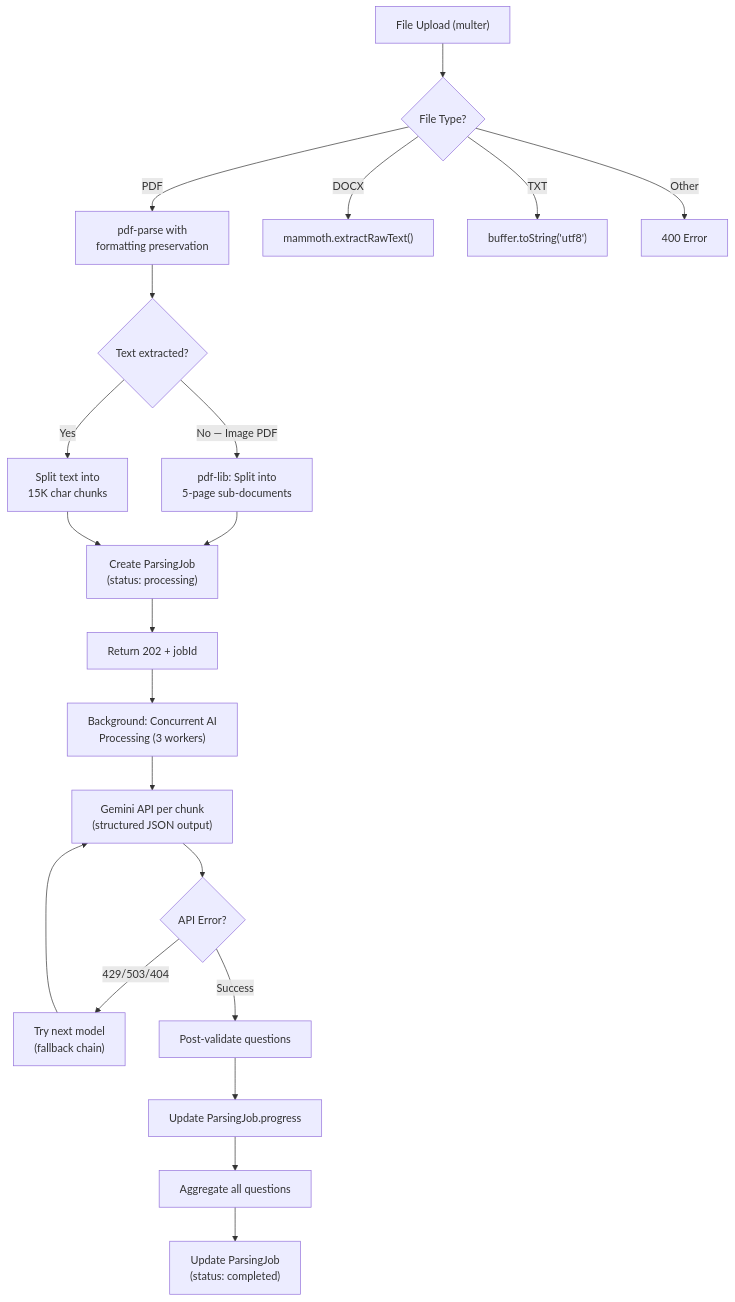
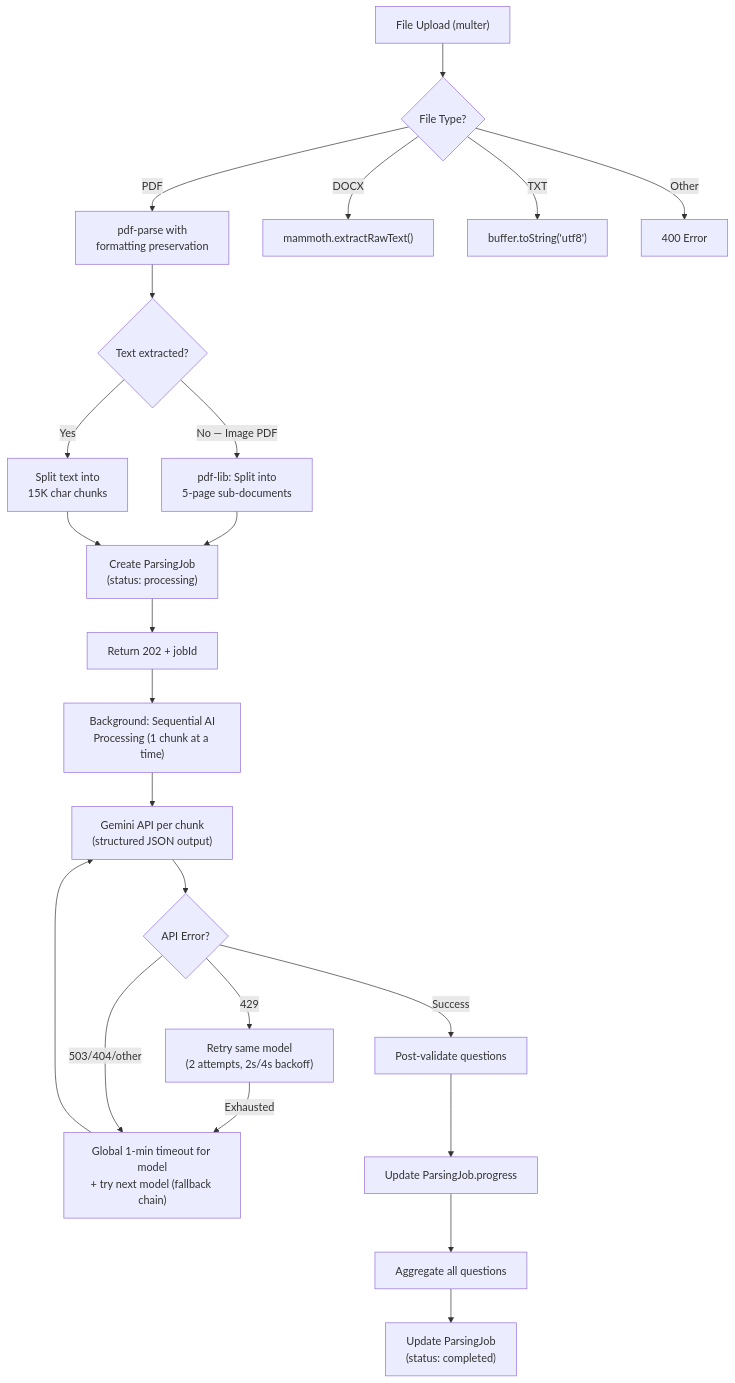
Before and after one commit to shshwtkhr/quiz-app: the third of 5 diagrams in docs/TECHNICAL_DOCUMENTATION.md, drawn with Mermaid. The commit also changed other lines of this file and 8 other files, not shown here.

First line of the commit message:
TECHDL-19: add background-job UI, same-origin API proxy and audit docs

````diff
--- a/docs/TECHNICAL_DOCUMENTATION.md
+++ b/docs/TECHNICAL_DOCUMENTATION.md
@@ -715,27 +759,29 @@
 ```mermaid
 flowchart TD
     A["File Upload (multer)"] --> B{File Type?}
     B -->|PDF| C["pdf-parse with<br/>formatting preservation"]
     B -->|DOCX| D["mammoth.extractRawText()"]
     B -->|TXT| E["buffer.toString('utf8')"]
     B -->|Other| F["400 Error"]
 
     C --> G{Text extracted?}
     G -->|No — Image PDF| H["pdf-lib: Split into<br/>5-page sub-documents"]
     G -->|Yes| I["Split text into<br/>15K char chunks"]
     
     H --> J0["Create ParsingJob<br/>(status: processing)"]
     I --> J0
     J0 --> J0b["Return 202 + jobId"]
-    J0b --> J["Background: Concurrent AI<br/>Processing (3 workers)"]
+    J0b --> J["Background: Sequential AI<br/>Processing (1 chunk at a time)"]
 
     J --> K["Gemini API per chunk<br/>(structured JSON output)"]
     K --> L{API Error?}
-    L -->|429/503/404| M["Try next model<br/>(fallback chain)"]
+    L -->|429| R["Retry same model<br/>(2 attempts, 2s/4s backoff)"]
+    R -->|Exhausted| M["Global 1-min timeout for model<br/>+ try next model (fallback chain)"]
+    L -->|503/404/other| M
     L -->|Success| N["Post-validate questions"]
     M --> K
 
     N --> O["Update ParsingJob.progress"]
     O --> P["Aggregate all questions"]
     P --> Q["Update ParsingJob<br/>(status: completed)"]
 ```
````
